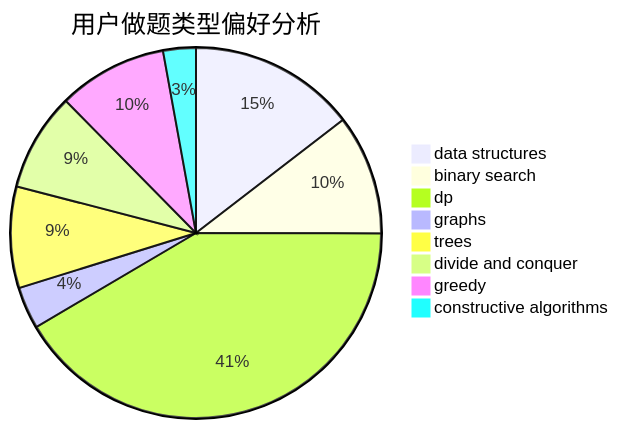
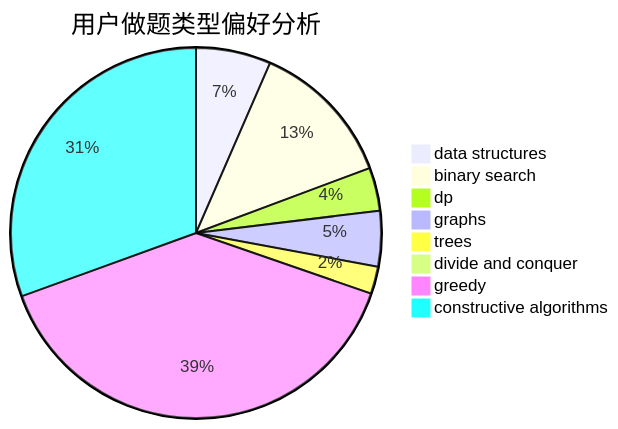
Before and after one commit to sherpahu/cfrs.github.io: the second of 3 diagrams in docs/user/u453.md, drawn with Mermaid. The commit also changed other lines of this file and 2770 other files, not shown here.

````diff
--- a/docs/user/u453.md
+++ b/docs/user/u453.md
@@ -23,11 +23,11 @@
 ```mermaid
 pie title 用户做题类型偏好分析
-    "data structures" :  107
-    "binary search" :  77
-    "dp" :  305
-    "graphs" :  27
-    "trees" :  65
-    "divide and conquer" :  63
-    "greedy" :  70
-    "constructive algorithms" :  21
+    "data structures" :  85
+    "binary search" :  166
+    "dp" :  49
+    "graphs" :  63
+    "trees" :  31
+    "divide and conquer" :  0
+    "greedy" :  509
+    "constructive algorithms" :  397
 ```
````
